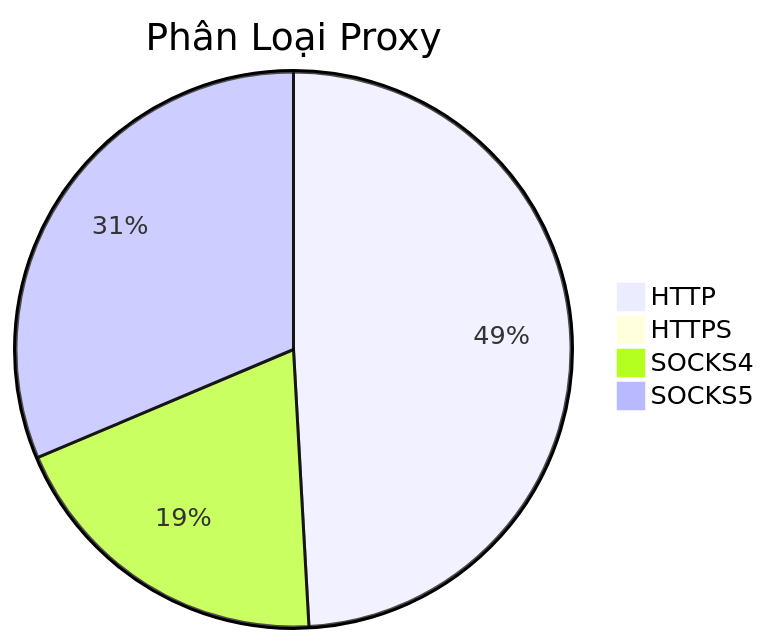
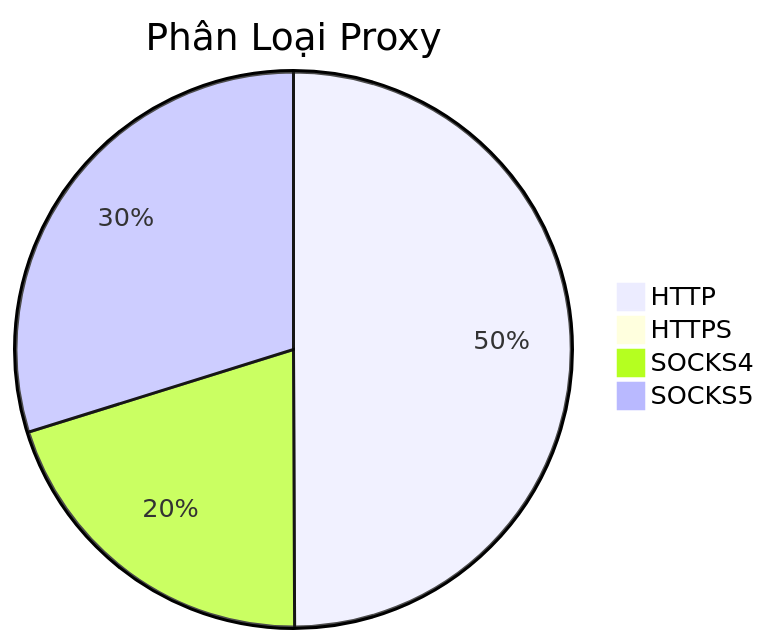
The diagram in README.md (Ciara-Aa/PROXY-free), drawn with Mermaid before and after one commit. The commit also changed other lines of this file and 4 other files, not shown here.

````diff
--- a/README.md
+++ b/README.md
@@ -26,7 +26,7 @@
 ```mermaid
 pie title Phân Loại Proxy
-    "HTTP" : 332
-    "HTTPS" : 3
-    "SOCKS4" : 132
-    "SOCKS5" : 212
+    "HTTP" : 392
+    "HTTPS" : 2
+    "SOCKS4" : 159
+    "SOCKS5" : 234
 ```
````
